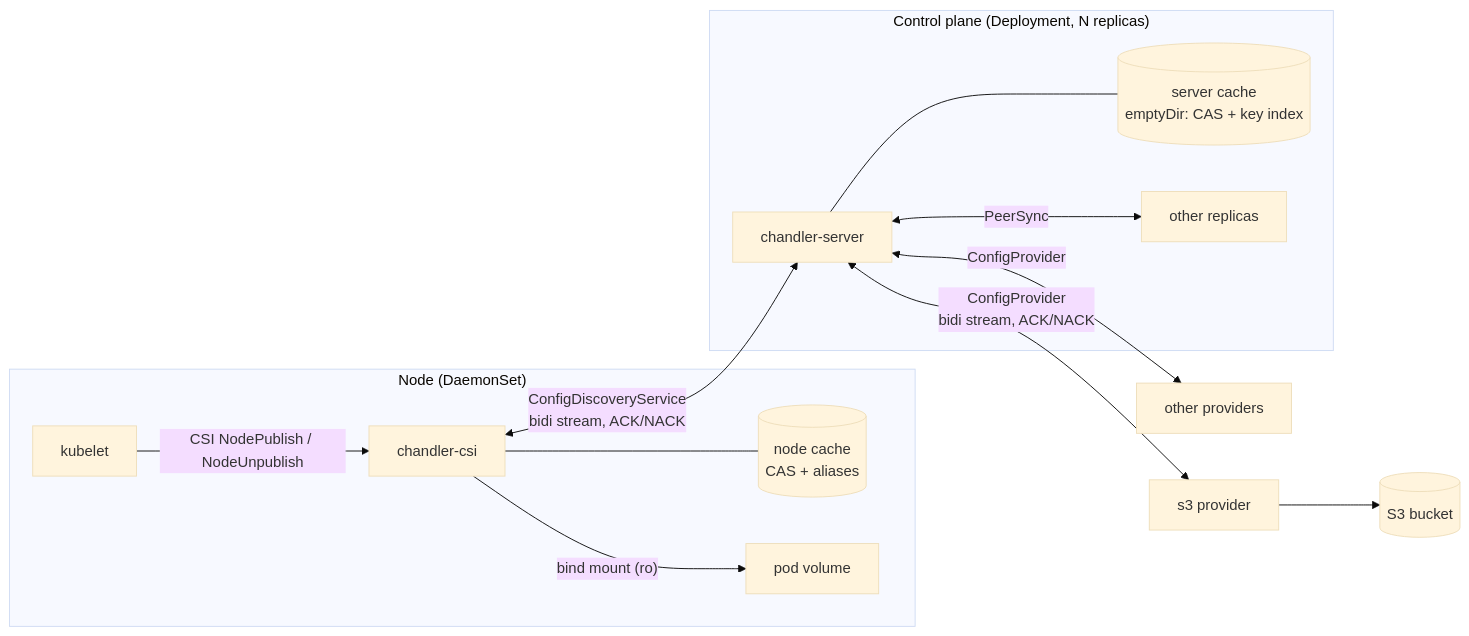
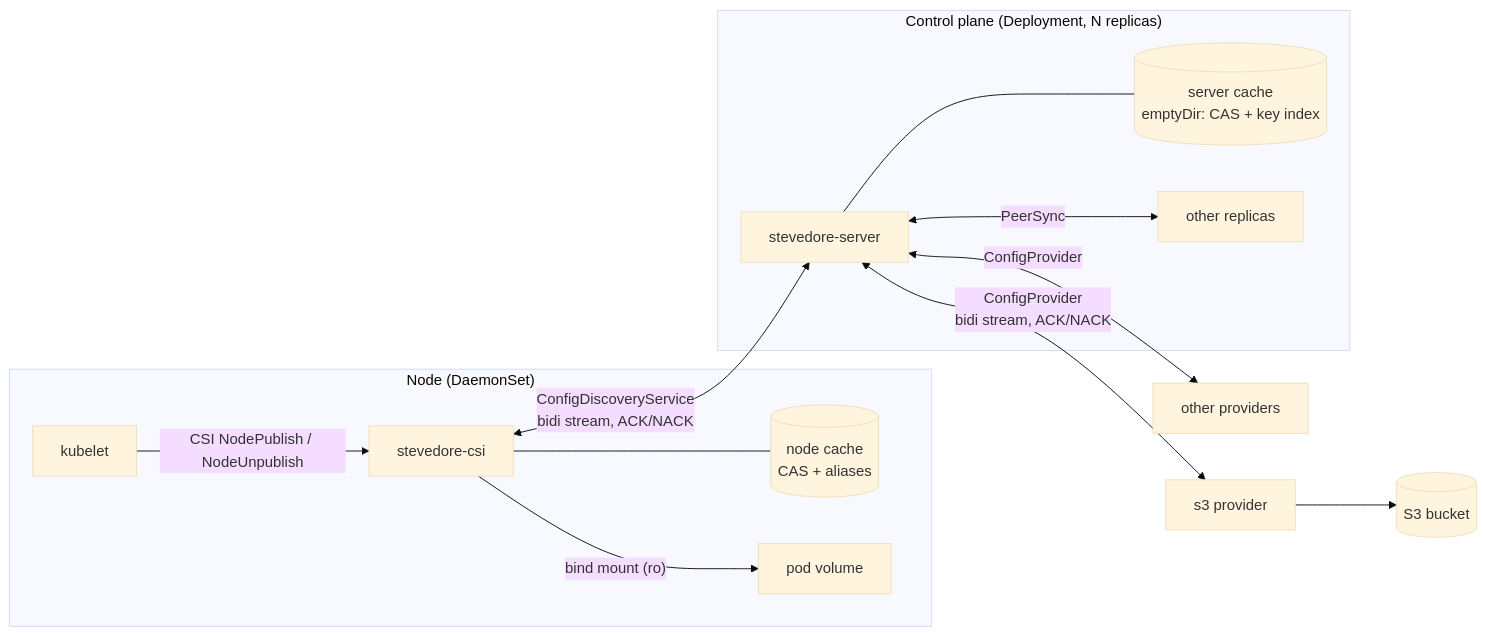
One commit to bpalermo/chandler changed the first of 4 diagrams in docs/design.md. Above: the diagram before and after it, drawn with Mermaid (base theme). The commit also changed other lines of this file and 126 other files, not shown here.

````diff
--- a/docs/design.md
+++ b/docs/design.md
@@ -62,16 +62,16 @@
 ```mermaid
 flowchart LR
   subgraph node["Node (DaemonSet)"]
-    kubelet -- "CSI NodePublish / NodeUnpublish" --> driver["chandler-csi"]
+    kubelet -- "CSI NodePublish / NodeUnpublish" --> driver["stevedore-csi"]
     driver --- ncache[("node cache<br/>CAS + aliases")]
     driver -- "bind mount (ro)" --> pod["pod volume"]
   end
   subgraph cp["Control plane (Deployment, N replicas)"]
-    server["chandler-server"] --- scache[("server cache<br/>emptyDir: CAS + key index")]
+    server["stevedore-server"] --- scache[("server cache<br/>emptyDir: CAS + key index")]
     server <-- "PeerSync" --> peers["other replicas"]
   end
   driver <-- "ConfigDiscoveryService<br/>bidi stream, ACK/NACK" --> server
   server <-- "ConfigProvider<br/>bidi stream, ACK/NACK" --> s3["s3 provider"]
   server <-- "ConfigProvider" --> other["other providers"]
   s3 --> bucket[("S3 bucket")]
 ```
````
